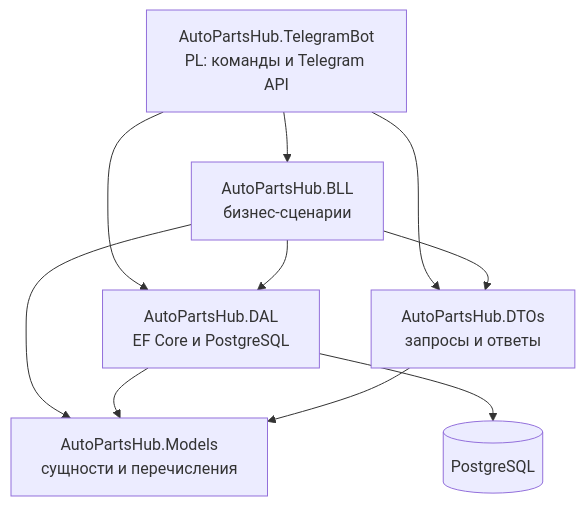
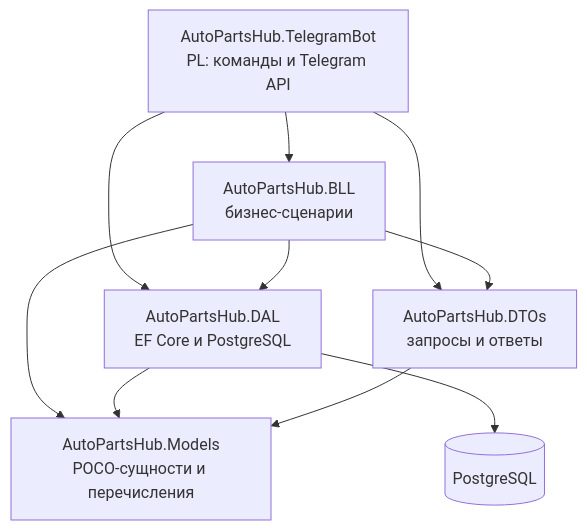
One commit to DiMatveev1991/AutoPartsHub changed the first of 2 diagrams in README.md. Above: the diagram before and after it, drawn with Mermaid. The commit also changed other lines of this file and 40 other files, not shown here.

```diff
--- a/README.md
+++ b/README.md
@@ -36,12 +36,12 @@
 ~~~mermaid
 flowchart TD
     Bot["AutoPartsHub.TelegramBot<br/>PL: команды и Telegram API"] --> BLL["AutoPartsHub.BLL<br/>бизнес-сценарии"]
     Bot --> DAL["AutoPartsHub.DAL<br/>EF Core и PostgreSQL"]
     Bot --> DTOs["AutoPartsHub.DTOs<br/>запросы и ответы"]
     BLL --> DAL
     BLL --> DTOs
-    BLL --> Models["AutoPartsHub.Models<br/>сущности и перечисления"]
+    BLL --> Models["AutoPartsHub.Models<br/>POCO-сущности и перечисления"]
     DAL --> Models
     DTOs --> Models
     DAL --> DB[(PostgreSQL)]
 ~~~
```
